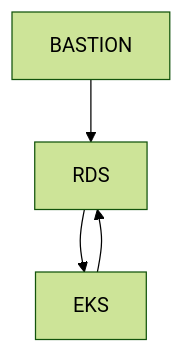
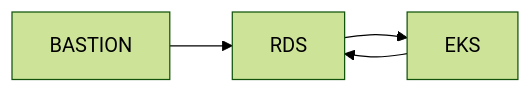
One commit to junius06/502Team-terraform changed the diagram in README.md. Above: the diagram before and after it, drawn with Mermaid (forest theme). The commit also changed other lines of this file, not shown here.

Commit message:
수정중

````diff
--- a/README.md
+++ b/README.md
@@ -97,6 +97,6 @@
 ```mermaid
-graph TD;
+graph LR; 
     BASTION-->RDS;
     EKS-->RDS;
     RDS-->EKS;
 ```
````
